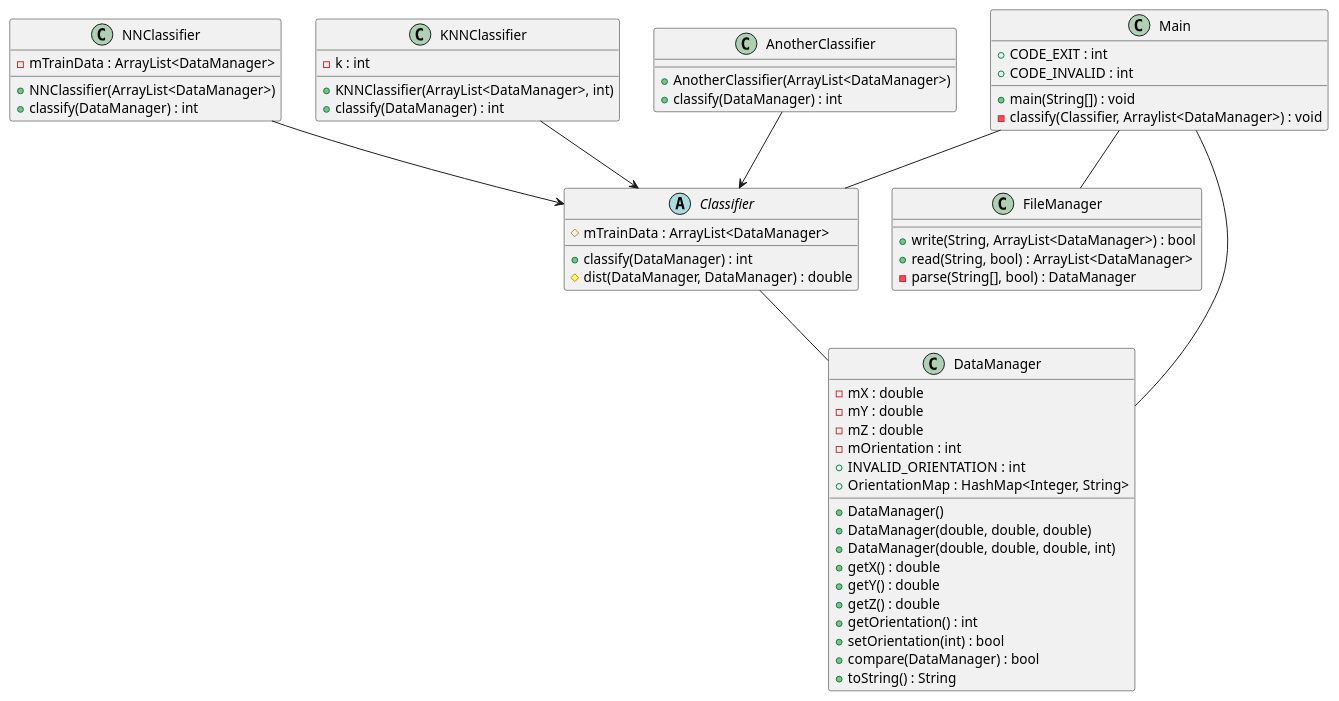
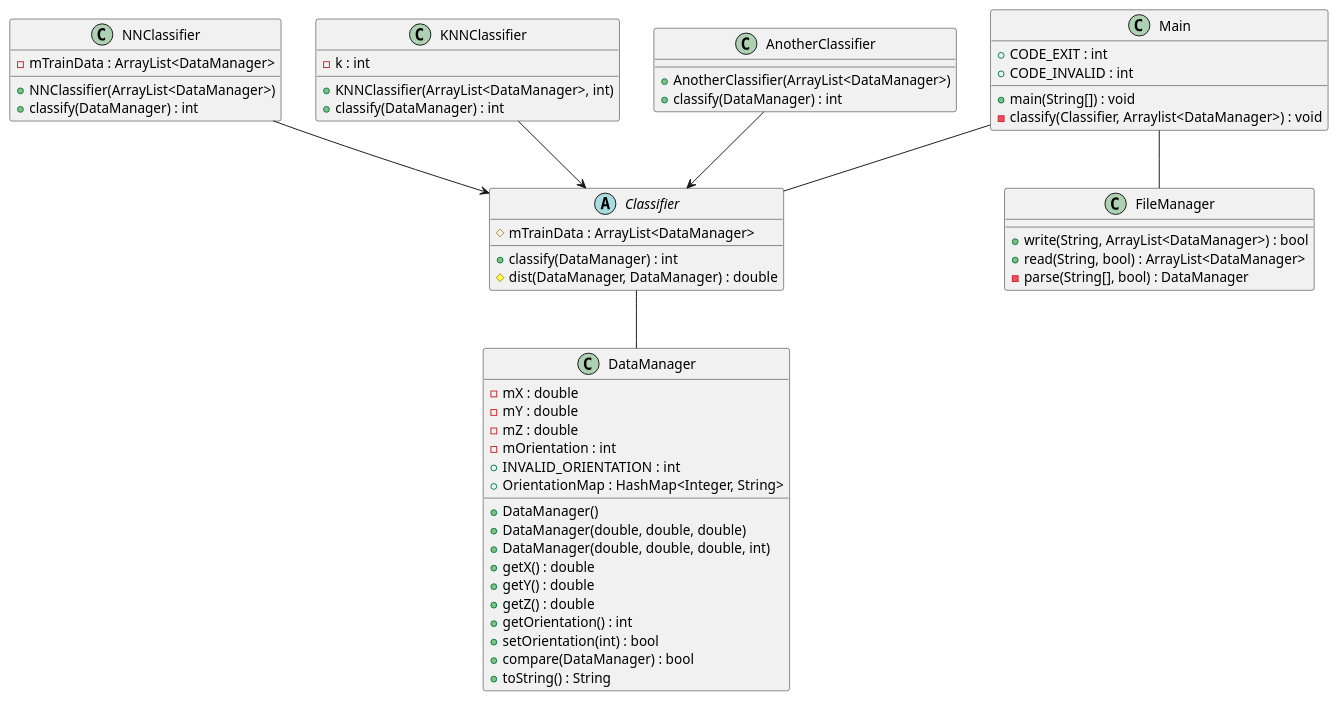
One commit to Schtuffs/MachineLearningNN changed the diagram in classDiagram.puml. Above: the diagram before and after it, drawn with PlantUML.

Commit message:
Update class diagram

```diff
--- a/classDiagram.puml
+++ b/classDiagram.puml
@@ -1,57 +1,56 @@
 @startuml NNClassifier Class Diagram
 class NNClassifier {
 	- mTrainData : ArrayList<DataManager>
 	+ NNClassifier(ArrayList<DataManager>)
 	+ classify(DataManager) : int
 }
 class KNNClassifier {
     - k : int
     + KNNClassifier(ArrayList<DataManager>, int)
     + classify(DataManager) : int
 }
 class FileManager {
     + write(String, ArrayList<DataManager>) : bool
     + read(String, bool) : ArrayList<DataManager>
     - parse(String[], bool) : DataManager
 }
 class DataManager {
     - mX : double
     - mY : double
     - mZ : double
     - mOrientation : int
     + INVALID_ORIENTATION : int
     + OrientationMap : HashMap<Integer, String>
     + DataManager()
     + DataManager(double, double, double)
     + DataManager(double, double, double, int)
     + getX() : double
     + getY() : double
     + getZ() : double
     + getOrientation() : int
     + setOrientation(int) : bool
     + compare(DataManager) : bool
     + toString() : String
 }
 abstract Classifier {
     # mTrainData : ArrayList<DataManager>
     + classify(DataManager) : int
     # dist(DataManager, DataManager) : double
 }
 class AnotherClassifier {
     + AnotherClassifier(ArrayList<DataManager>)
     + classify(DataManager) : int
 }
 class Main {
     + CODE_EXIT : int
     + CODE_INVALID : int
     + main(String[]) : void
     - classify(Classifier, Arraylist<DataManager>) : void
 }
 AnotherClassifier --> Classifier
 NNClassifier --> Classifier
 KNNClassifier --> Classifier
 Main -- Classifier
 Main -- FileManager
-Main -- DataManager
 Classifier -- DataManager
 @enduml
```
